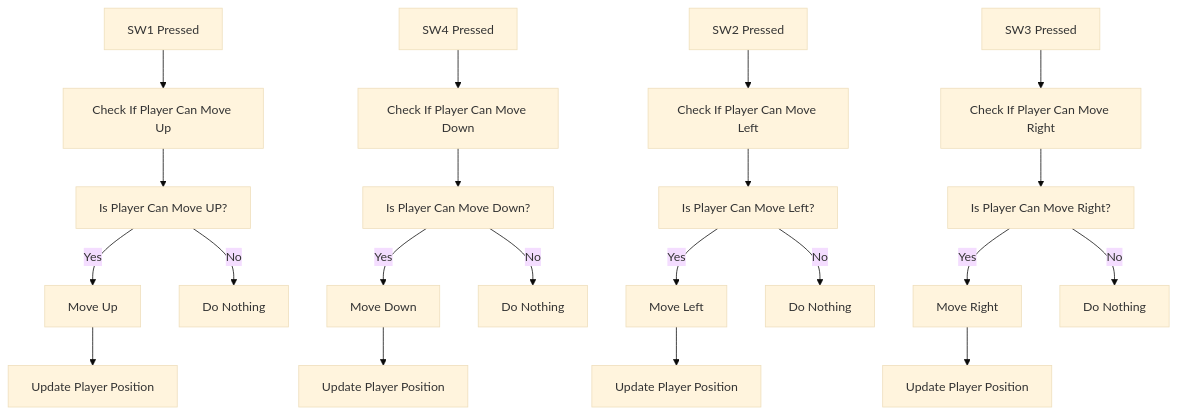
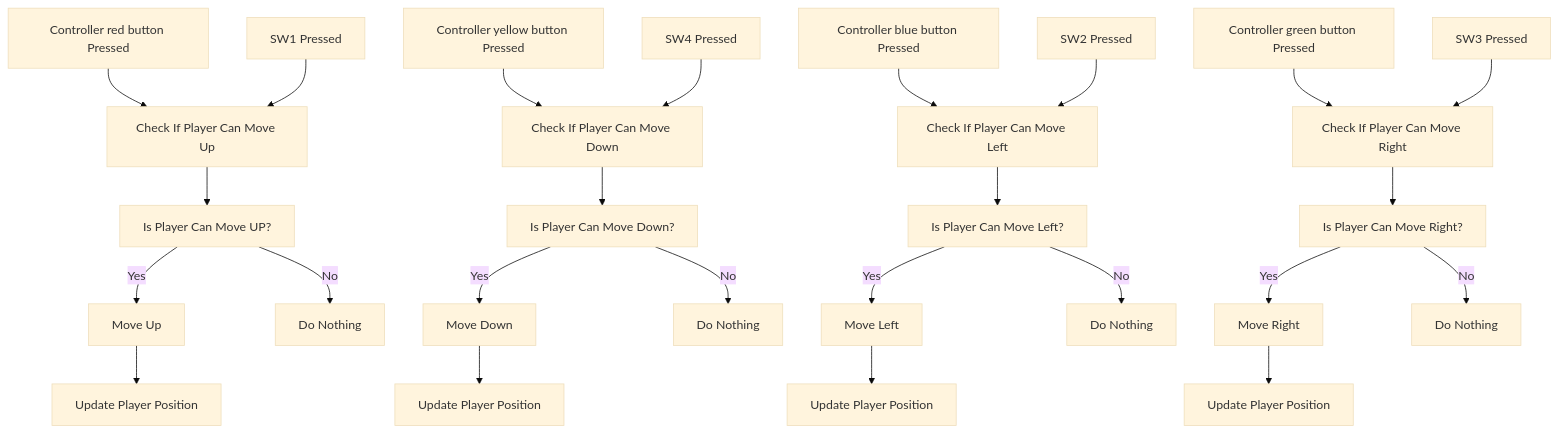
Before and after one commit to algosup/2024-2025-project-1-fpga-team-6: the second of 9 diagrams in Documents/TechnicalSpecifications/technicalSpecifications.md, drawn with Mermaid (base theme). The commit also changed other lines of this file and 1 other file, not shown here.

````diff
--- a/Documents/TechnicalSpecifications/technicalSpecifications.md
+++ b/Documents/TechnicalSpecifications/technicalSpecifications.md
@@ -292,26 +306,30 @@
 ```mermaid
 graph TD
+    AA[Controller red button Pressed] --> B
     A[SW1 Pressed] --> B[Check If Player Can Move Up]
     B --> D[Is Player Can Move UP?]
     D --> |Yes| E[Move Up]
     D --> |No| F[Do Nothing]
     E --> G[Update Player Position]
 
+    HH[Controller yellow button Pressed] --> I
     H[SW4 Pressed] --> I[Check If Player Can Move Down]
     I --> K[Is Player Can Move Down?]
     K --> |Yes| L[Move Down]
     K --> |No| M[Do Nothing]
     L --> N[Update Player Position]
 
+    OO[Controller blue button Pressed] --> P
     O[SW2 Pressed] --> P[Check If Player Can Move Left]
     P --> R[Is Player Can Move Left?]
     R --> |Yes| S[Move Left]
     R --> |No| T[Do Nothing]
     S --> U[Update Player Position]
 
+    VV[Controller green button Pressed] --> W
     V[SW3 Pressed] --> W[Check If Player Can Move Right]
     W --> Y[Is Player Can Move Right?]
     Y --> |Yes| Z[Move Right]
-    Y --> |No| AA[Do Nothing]
-    Z --> AB[Update Player Position]
+    Y --> |No| YY[Do Nothing]
+    Z --> ZZ[Update Player Position]
 ```
````
